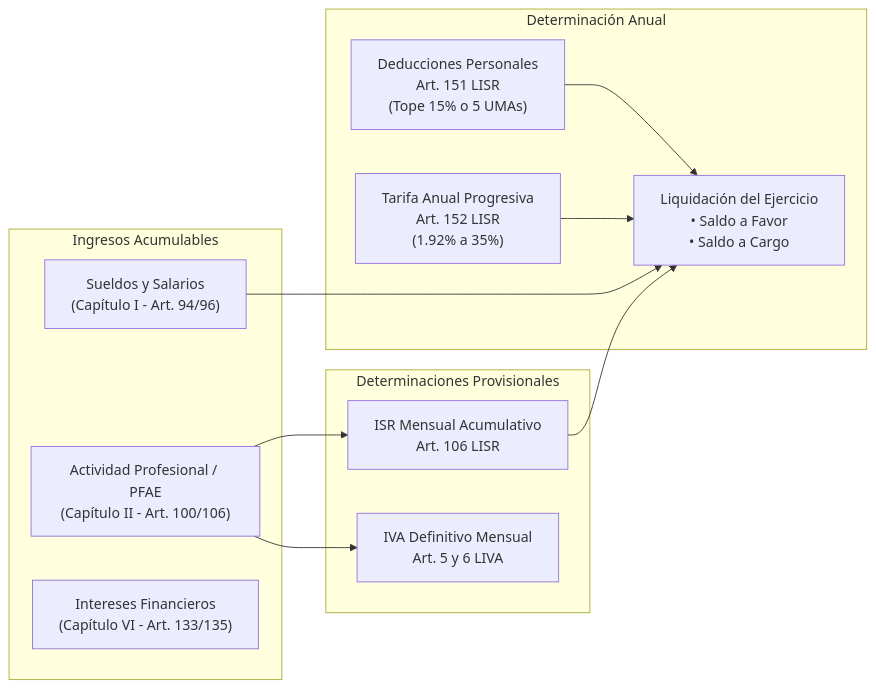
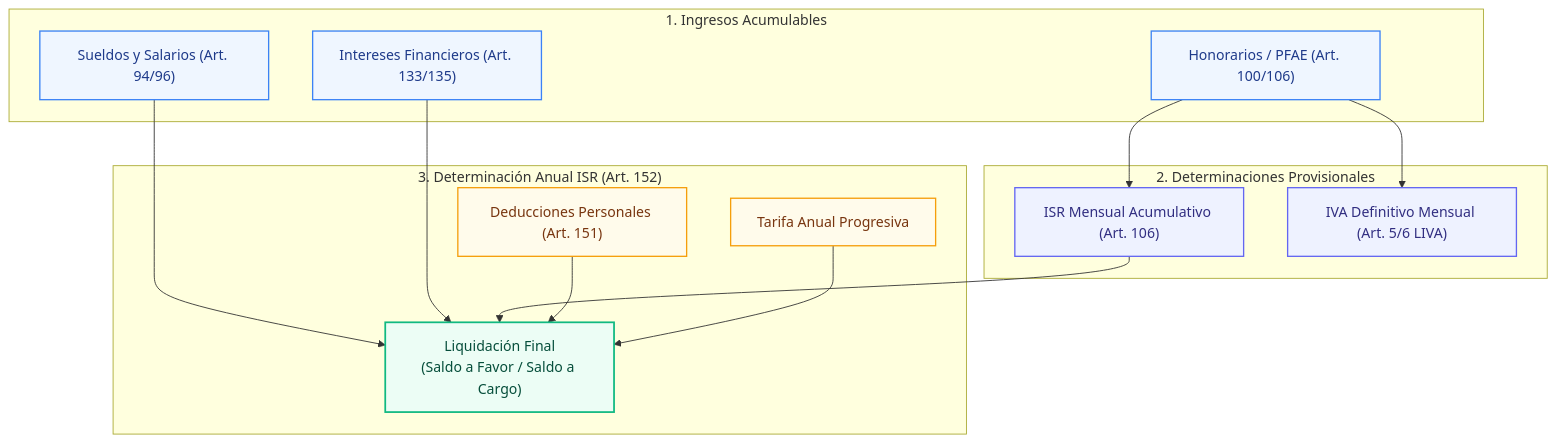
One commit to shellaquiles/tribuTACOS changed the first of 2 diagrams in docs/03_motor_fiscal_algoritmos.md. Above: the diagram before and after it, drawn with Mermaid. The commit also changed other lines of this file and 6 other files, not shown here.

Commit message:
refactor: standardize documentation diagrams with vertical orientation and consistent color-coded styling

````diff
--- a/docs/03_motor_fiscal_algoritmos.md
+++ b/docs/03_motor_fiscal_algoritmos.md
@@ -19,26 +19,37 @@
 ```mermaid
-graph LR
-    subgraph Ingresos["Ingresos Acumulables"]
-        Nomina["Sueldos y Salarios\n(Capítulo I - Art. 94/96)"]
-        PFAE["Actividad Profesional / PFAE\n(Capítulo II - Art. 100/106)"]
-        Intereses["Intereses Financieros\n(Capítulo VI - Art. 133/135)"]
+flowchart TD
+    subgraph Ingresos["1. Ingresos Acumulables"]
+        Nomina["Sueldos y Salarios (Art. 94/96)"]
+        PFAE["Honorarios / PFAE (Art. 100/106)"]
+        Intereses["Intereses Financieros (Art. 133/135)"]
     end
 
-    subgraph Provisionales["Determinaciones Provisionales"]
-        ISR_Prov["ISR Mensual Acumulativo\nArt. 106 LISR"]
-        IVA_Def["IVA Definitivo Mensual\nArt. 5 y 6 LIVA"]
+    subgraph Provisionales["2. Determinaciones Provisionales"]
+        ISR_Prov["ISR Mensual Acumulativo (Art. 106)"]
+        IVA_Def["IVA Definitivo Mensual (Art. 5/6 LIVA)"]
     end
 
-    subgraph Anual["Determinación Anual"]
-        Deds_Pers["Deducciones Personales\nArt. 151 LISR\n(Tope 15% o 5 UMAs)"]
-        Tarifa_Anual["Tarifa Anual Progresiva\nArt. 152 LISR\n(1.92% a 35%)"]
-        Liquidacion["Liquidación del Ejercicio\n• Saldo a Favor\n• Saldo a Cargo"]
+    subgraph Anual["3. Determinación Anual ISR (Art. 152)"]
+        Deds_Pers["Deducciones Personales (Art. 151)"]
+        Tarifa_Anual["Tarifa Anual Progresiva"]
+        Liquidacion["Liquidación Final\n(Saldo a Favor / Saldo a Cargo)"]
     end
 
-    Nomina --> Liquidacion
     PFAE --> ISR_Prov
     PFAE --> IVA_Def
+    Nomina --> Liquidacion
+    Intereses --> Liquidacion
     ISR_Prov --> Liquidacion
     Deds_Pers --> Liquidacion
     Tarifa_Anual --> Liquidacion
+
+    classDef blueBox fill:#eff6ff,stroke:#3b82f6,stroke-width:1.5px,color:#1e3a8a;
+    classDef purpleBox fill:#eef2ff,stroke:#6366f1,stroke-width:1.5px,color:#312e81;
+    classDef amberBox fill:#fffbeb,stroke:#f59e0b,stroke-width:1.5px,color:#78350f;
+    classDef greenBox fill:#ecfdf5,stroke:#10b981,stroke-width:2px,color:#064e3b;
+
+    class Nomina,PFAE,Intereses blueBox;
+    class ISR_Prov,IVA_Def purpleBox;
+    class Deds_Pers,Tarifa_Anual amberBox;
+    class Liquidacion greenBox;
 ```
````
